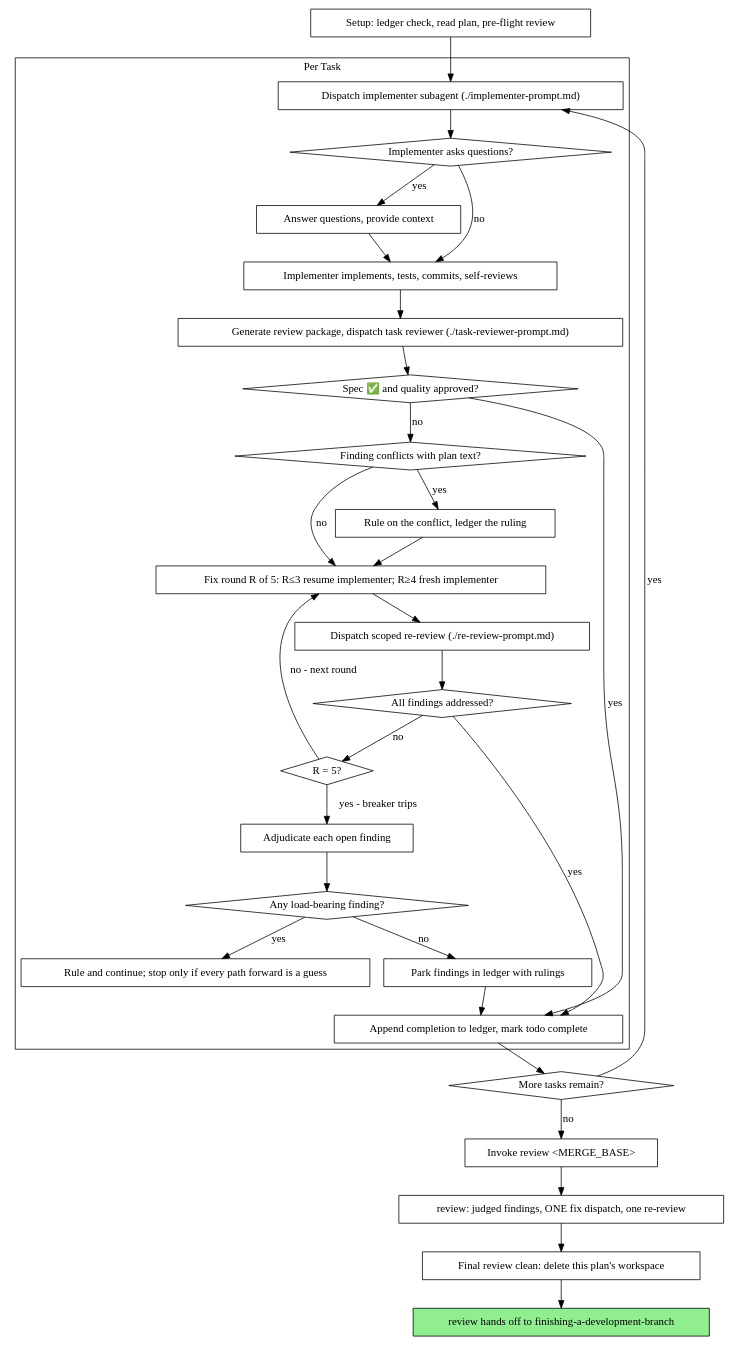
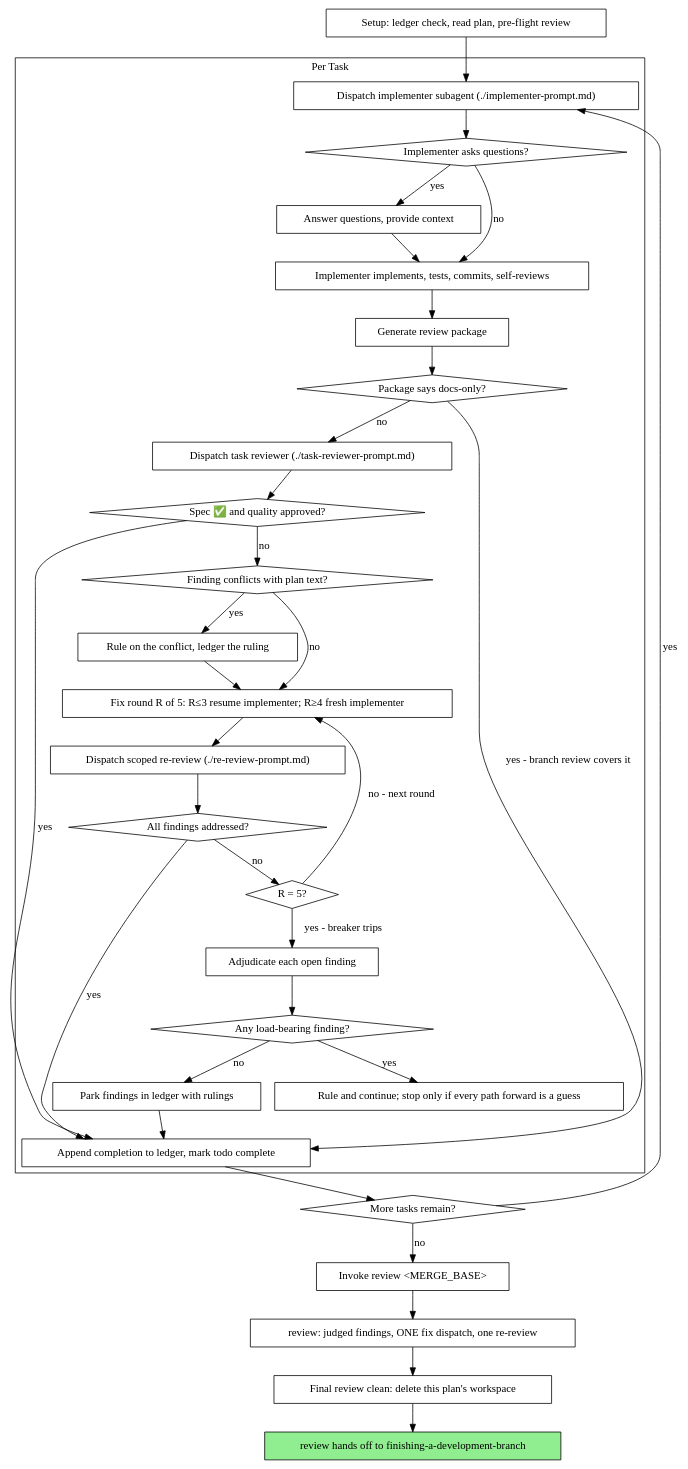
One commit to VerusK/claude-skills changed the second of 2 diagrams in skills/subagent-driven-development/SKILL.md. Above: the diagram before and after it, drawn with Graphviz. The commit also changed other lines of this file and 11 other files, not shown here.

First line of the commit message:
feat(sdd): cap briefs at 10 KB, slim review packages, skip docs-only task reviews

````diff
--- a/skills/subagent-driven-development/SKILL.md
+++ b/skills/subagent-driven-development/SKILL.md
@@ -53,62 +53,67 @@
 ```dot
 digraph process {
     rankdir=TB;
 
     subgraph cluster_per_task {
         label="Per Task";
         "Dispatch implementer subagent (./implementer-prompt.md)" [shape=box];
         "Implementer asks questions?" [shape=diamond];
         "Answer questions, provide context" [shape=box];
         "Implementer implements, tests, commits, self-reviews" [shape=box];
-        "Generate review package, dispatch task reviewer (./task-reviewer-prompt.md)" [shape=box];
+        "Generate review package" [shape=box];
+        "Package says docs-only?" [shape=diamond];
+        "Dispatch task reviewer (./task-reviewer-prompt.md)" [shape=box];
         "Spec ✅ and quality approved?" [shape=diamond];
         "Finding conflicts with plan text?" [shape=diamond];
         "Rule on the conflict, ledger the ruling" [shape=box];
         "Fix round R of 5: R≤3 resume implementer; R≥4 fresh implementer" [shape=box];
         "Dispatch scoped re-review (./re-review-prompt.md)" [shape=box];
         "All findings addressed?" [shape=diamond];
         "R = 5?" [shape=diamond];
         "Adjudicate each open finding" [shape=box];
         "Any load-bearing finding?" [shape=diamond];
         "Rule and continue; stop only if every path forward is a guess" [shape=box];
         "Park findings in ledger with rulings" [shape=box];
         "Append completion to ledger, mark todo complete" [shape=box];
     }
 
     "Setup: ledger check, read plan, pre-flight review" [shape=box];
     "More tasks remain?" [shape=diamond];
     "Invoke review <MERGE_BASE>" [shape=box];
     "review: judged findings, ONE fix dispatch, one re-review" [shape=box];
     "Final review clean: delete this plan's workspace" [shape=box];
     "review hands off to finishing-a-development-branch" [shape=box style=filled fillcolor=lightgreen];
 
     "Setup: ledger check, read plan, pre-flight review" -> "Dispatch implementer subagent (./implementer-prompt.md)";
     "Dispatch implementer subagent (./implementer-prompt.md)" -> "Implementer asks questions?";
     "Implementer asks questions?" -> "Answer questions, provide context" [label="yes"];
     "Answer questions, provide context" -> "Implementer implements, tests, commits, self-reviews";
     "Implementer asks questions?" -> "Implementer implements, tests, commits, self-reviews" [label="no"];
-    "Implementer implements, tests, commits, self-reviews" -> "Generate review package, dispatch task reviewer (./task-reviewer-prompt.md)";
-    "Generate review package, dispatch task reviewer (./task-reviewer-prompt.md)" -> "Spec ✅ and quality approved?";
+    "Implementer implements, tests, commits, self-reviews" -> "Generate review package";
+    "Generate review package" -> "Package says docs-only?";
+    "Package says docs-only?" -> "Append completion to ledger, mark todo complete" [label="yes - branch review covers it"];
+    "Package says docs-only?" -> "Dispatch task reviewer (./task-reviewer-prompt.md)" [label="no"];
+    "Dispatch task reviewer (./task-reviewer-prompt.md)" -> "Spec ✅ and quality approved?";
     "Spec ✅ and quality approved?" -> "Append completion to ledger, mark todo complete" [label="yes"];
     "Spec ✅ and quality approved?" -> "Finding conflicts with plan text?" [label="no"];
     "Finding conflicts with plan text?" -> "Rule on the conflict, ledger the ruling" [label="yes"];
     "Rule on the conflict, ledger the ruling" -> "Fix round R of 5: R≤3 resume implementer; R≥4 fresh implementer";
     "Finding conflicts with plan text?" -> "Fix round R of 5: R≤3 resume implementer; R≥4 fresh implementer" [label="no"];
     "Fix round R of 5: R≤3 resume implementer; R≥4 fresh implementer" -> "Dispatch scoped re-review (./re-review-prompt.md)";
     "Dispatch scoped re-review (./re-review-prompt.md)" -> "All findings addressed?";
     "All findings addressed?" -> "Append completion to ledger, mark todo complete" [label="yes"];
     "All findings addressed?" -> "R = 5?" [label="no"];
     "R = 5?" -> "Fix round R of 5: R≤3 resume implementer; R≥4 fresh implementer" [label="no - next round"];
     "R = 5?" -> "Adjudicate each open finding" [label="yes - breaker trips"];
     "Adjudicate each open finding" -> "Any load-bearing finding?";
     "Any load-bearing finding?" -> "Rule and continue; stop only if every path forward is a guess" [label="yes"];
     "Any load-bearing finding?" -> "Park findings in ledger with rulings" [label="no"];
     "Park findings in ledger with rulings" -> "Append completion to ledger, mark todo complete";
     "Append completion to ledger, mark todo complete" -> "More tasks remain?";
     "More tasks remain?" -> "Dispatch implementer subagent (./implementer-prompt.md)" [label="yes"];
     "More tasks remain?" -> "Invoke review <MERGE_BASE>" [label="no"];
     "Invoke review <MERGE_BASE>" -> "review: judged findings, ONE fix dispatch, one re-review";
     "review: judged findings, ONE fix dispatch, one re-review" -> "Final review clean: delete this plan's workspace";
     "Final review clean: delete this plan's workspace" -> "review hands off to finishing-a-development-branch";
 }
 ```
````
